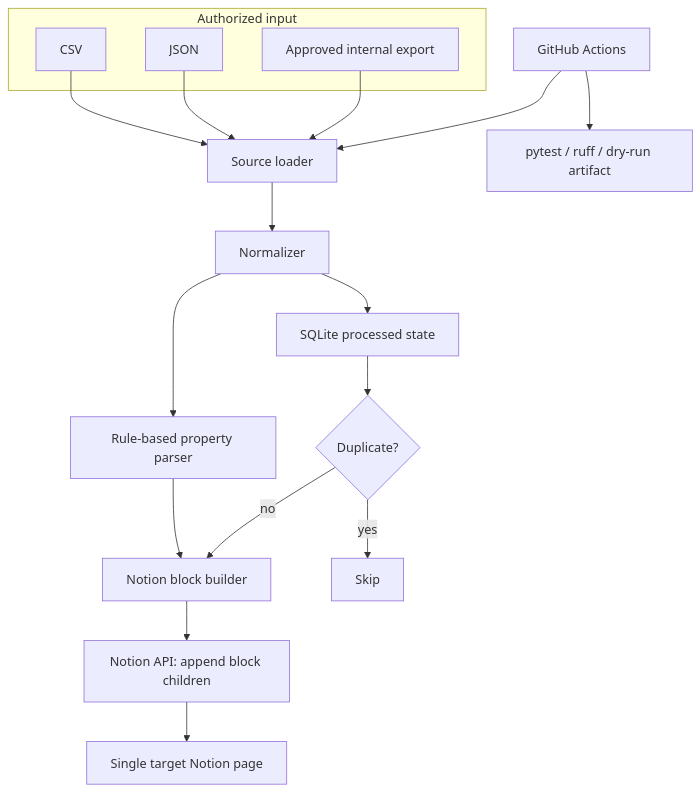
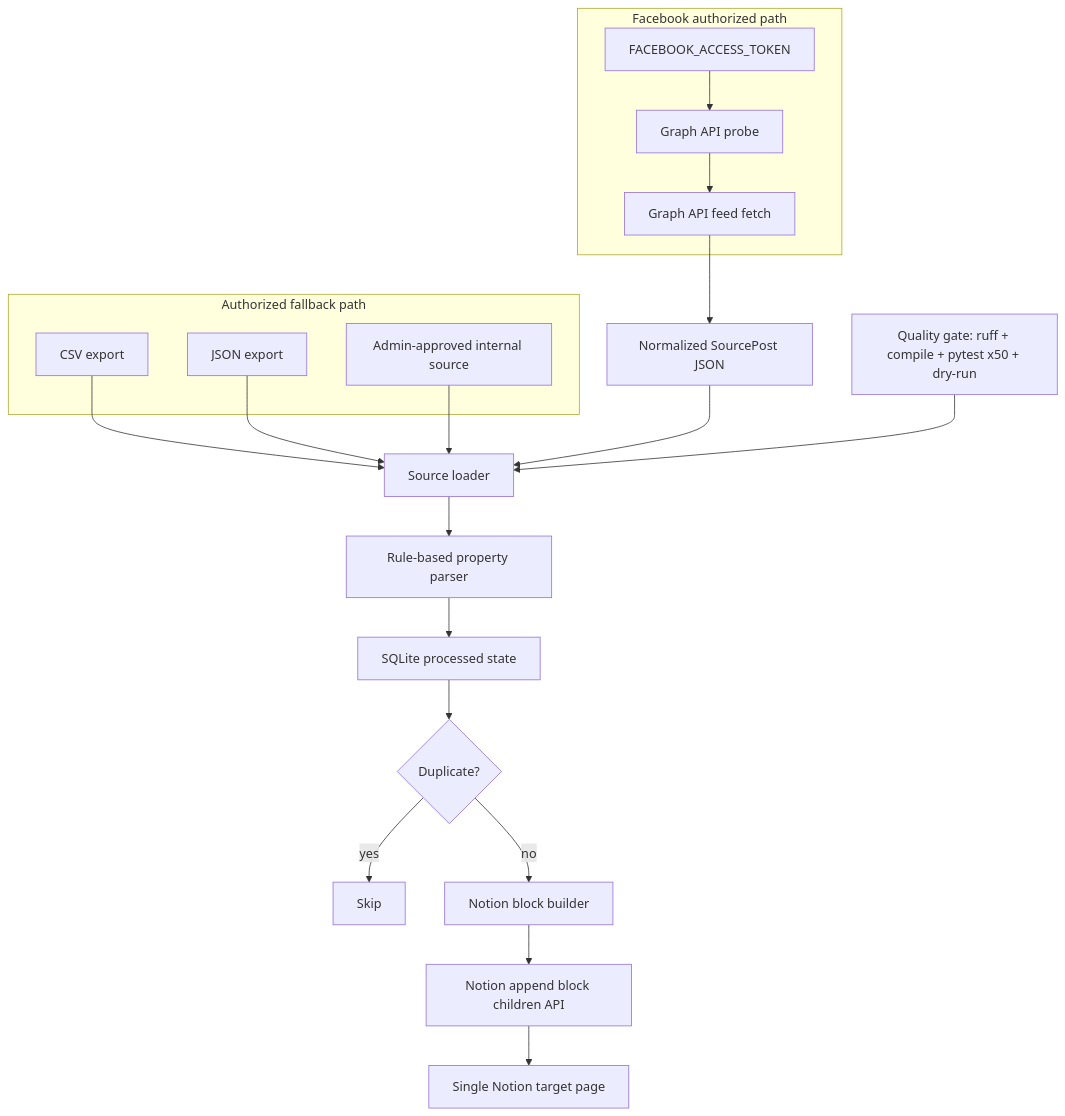
One commit to univcorp2-ctrl/facebook-group-notion-property-logger changed the diagram in docs/architecture.md. Above: the diagram before and after it, drawn with Mermaid. The commit also changed other lines of this file, not shown here.

Commit message:
Add architecture setup and AI review packet documentation

````diff
--- a/docs/architecture.md
+++ b/docs/architecture.md
@@ -7,24 +9,30 @@
 ```mermaid
 flowchart TB
-  subgraph Source[Authorized input]
-    A1[CSV]
-    A2[JSON]
-    A3[Approved internal export]
+  subgraph Facebook[Facebook authorized path]
+    F1[FACEBOOK_ACCESS_TOKEN]
+    F2[Graph API probe]
+    F3[Graph API feed fetch]
   end
 
-  A1 --> B[Source loader]
-  A2 --> B
-  A3 --> B
-  B --> C[Normalizer]
-  C --> D[Rule-based property parser]
-  D --> E[Notion block builder]
-  C --> F[SQLite processed state]
-  F --> G{Duplicate?}
-  G -- yes --> H[Skip]
-  G -- no --> E
-  E --> I[Notion API: append block children]
-  I --> J[Single target Notion page]
+  subgraph Fallback[Authorized fallback path]
+    A1[CSV export]
+    A2[JSON export]
+    A3[Admin-approved internal source]
+  end
 
-  K[GitHub Actions] --> B
-  K --> L[pytest / ruff / dry-run artifact]
+  F1 --> F2
+  F2 --> F3
+  F3 --> N1[Normalized SourcePost JSON]
+  A1 --> L[Source loader]
+  A2 --> L
+  A3 --> L
+  N1 --> L
+  L --> P[Rule-based property parser]
+  P --> S[SQLite processed state]
+  S --> D{Duplicate?}
+  D -- yes --> Skip[Skip]
+  D -- no --> B[Notion block builder]
+  B --> N[Notion append block children API]
+  N --> Page[Single Notion target page]
+  Q[Quality gate: ruff + compile + pytest x50 + dry-run] --> L
 ```
````
